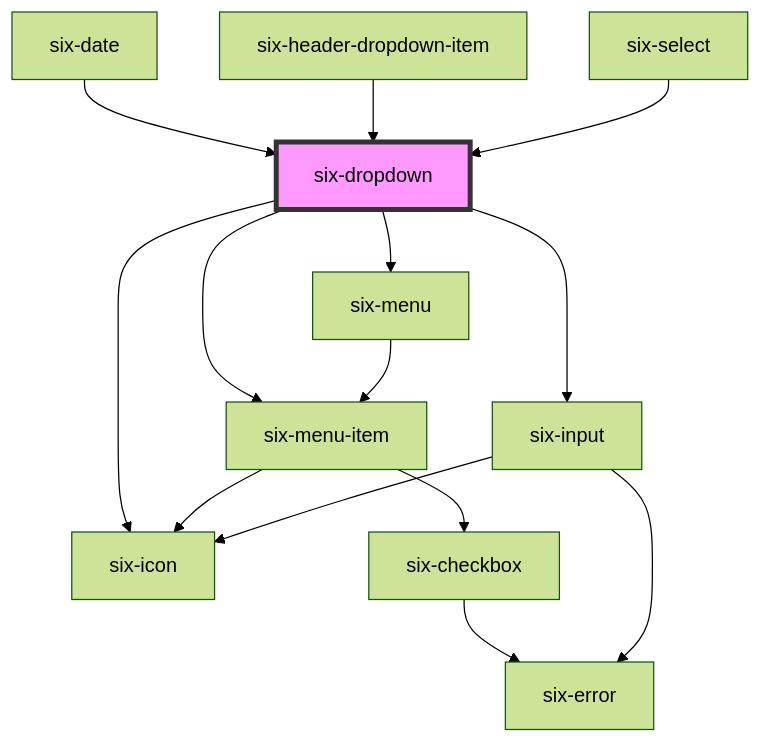
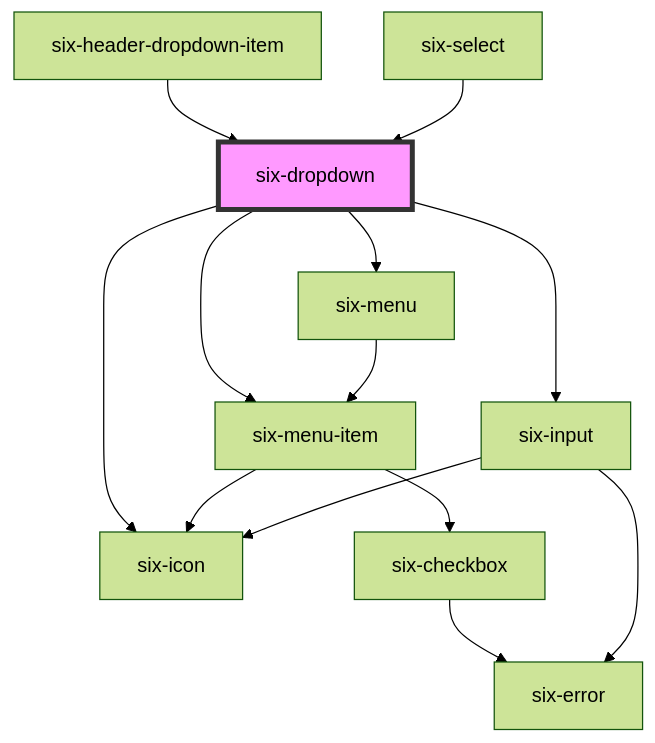
The diagram in docs/components/six-dropdown.md (six-group/six-webcomponents), drawn with Mermaid (forest theme) before and after one commit. The commit also changed other lines of this file and 44 other files, not shown here.

````diff
--- a/docs/components/six-dropdown.md
+++ b/docs/components/six-dropdown.md
@@ -543,17 +543,16 @@
 ```mermaid
 graph TD;
   six-dropdown --> six-menu-item
   six-dropdown --> six-input
   six-dropdown --> six-icon
   six-dropdown --> six-menu
   six-menu-item --> six-checkbox
   six-menu-item --> six-icon
   six-checkbox --> six-error
   six-input --> six-icon
   six-input --> six-error
   six-menu --> six-menu-item
-  six-date --> six-dropdown
   six-header-dropdown-item --> six-dropdown
   six-select --> six-dropdown
   style six-dropdown fill:#f9f,stroke:#333,stroke-width:4px
 ```
````
